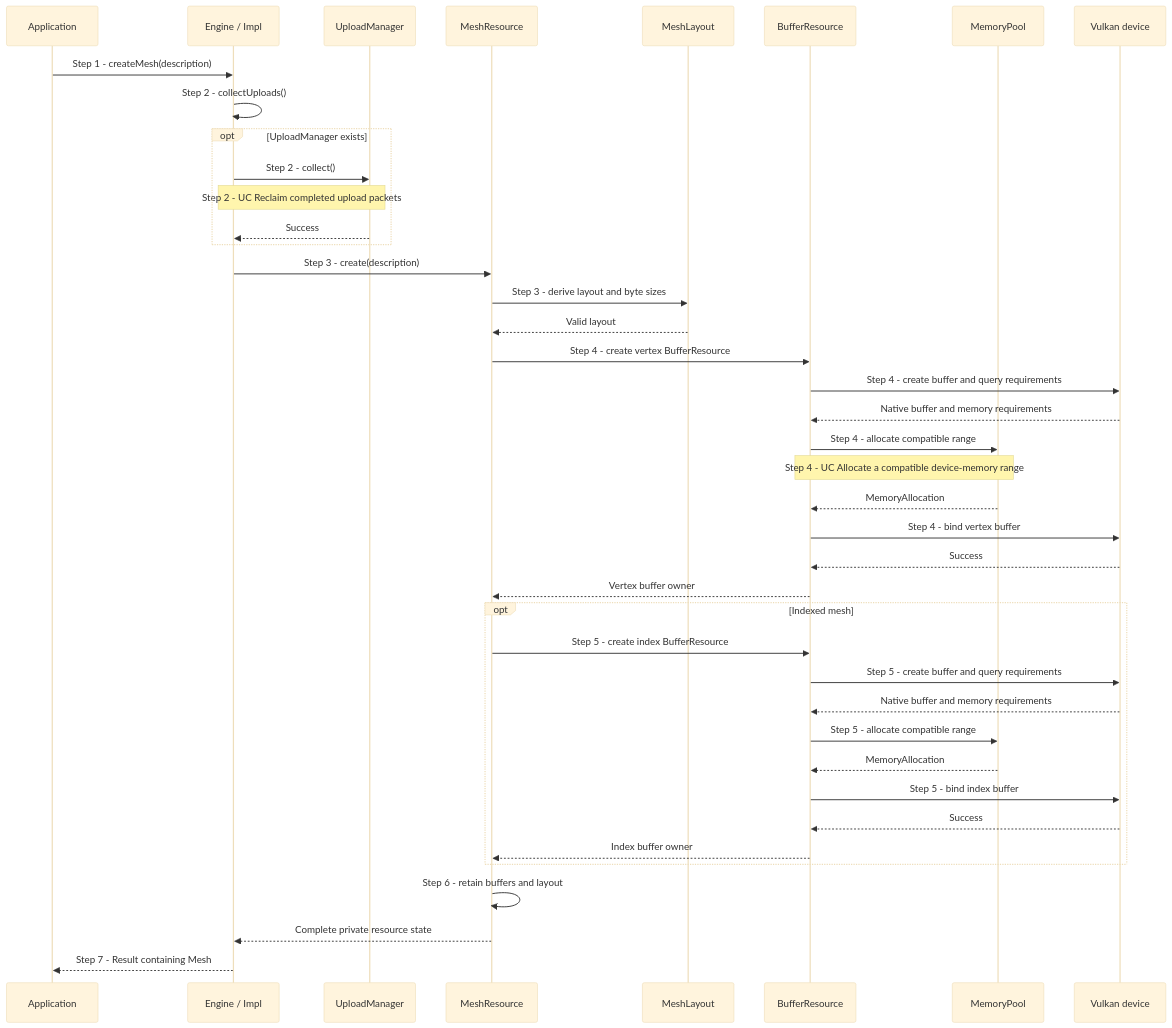
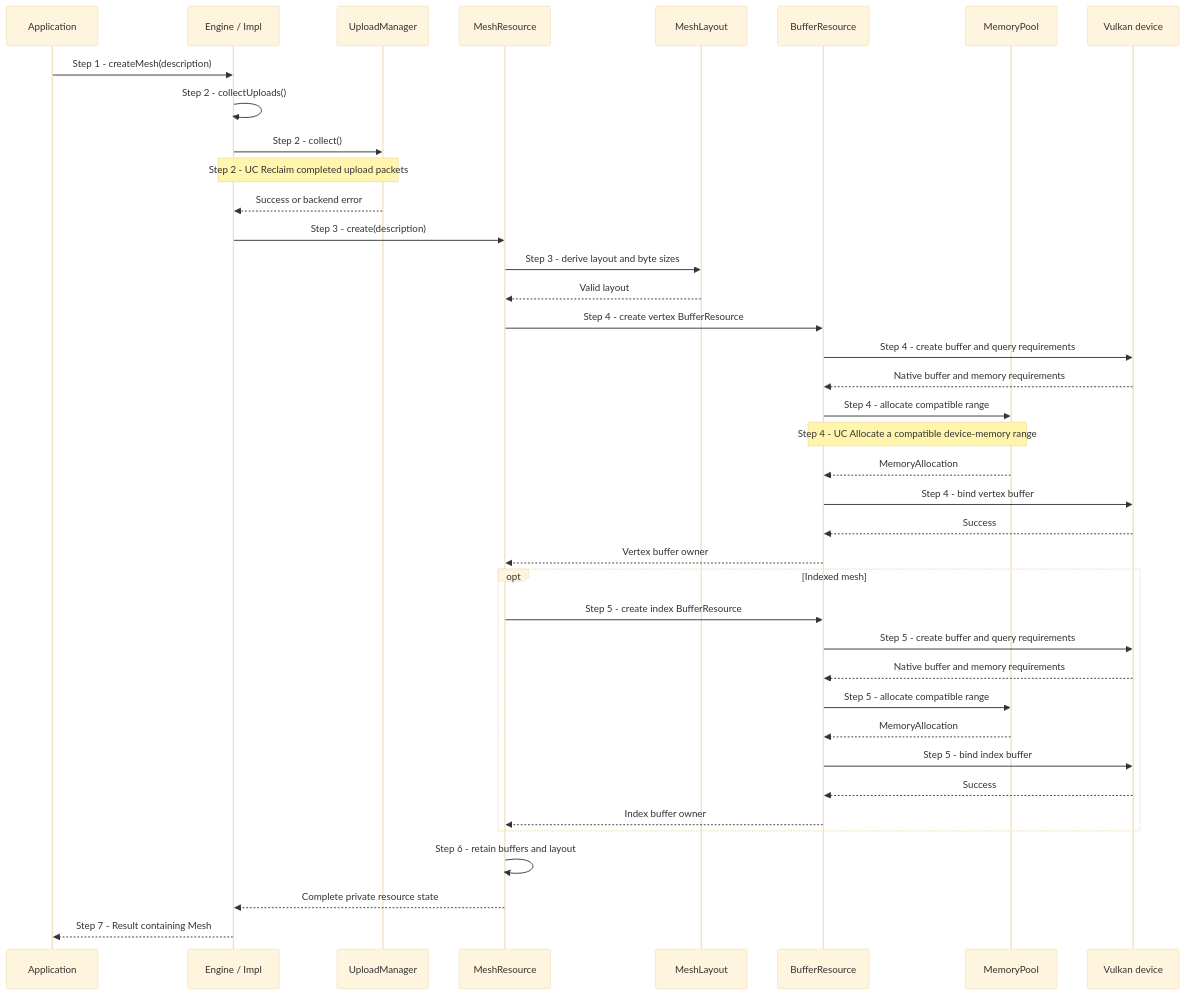
One commit to a-soltysik/Panda changed the first of 2 diagrams in docs/use-cases/create-mesh.md. Above: the diagram before and after it, drawn with Mermaid (base theme). The commit also changed other lines of this file and 40 other files, not shown here.

````diff
--- a/docs/use-cases/create-mesh.md
+++ b/docs/use-cases/create-mesh.md
@@ -58,43 +59,41 @@
 ```mermaid
 sequenceDiagram
     participant A as Application
     participant C as Engine / Impl
     participant U as UploadManager
     participant M as MeshResource
     participant L as MeshLayout
     participant B as BufferResource
     participant P as MemoryPool
     participant V as Vulkan device
     A ->> C: Step 1 - createMesh(description)
     C ->> C: Step 2 - collectUploads()
-    opt UploadManager exists
-        C ->> U: Step 2 - collect()
-        Note over C,U: Step 2 - UC Reclaim completed upload packets
-        U -->> C: Success
-    end
+    C ->> U: Step 2 - collect()
+    Note over C,U: Step 2 - UC Reclaim completed upload packets
+    U -->> C: Success or backend error
     C ->> M: Step 3 - create(description)
     M ->> L: Step 3 - derive layout and byte sizes
     L -->> M: Valid layout
     M ->> B: Step 4 - create vertex BufferResource
     B ->> V: Step 4 - create buffer and query requirements
     V -->> B: Native buffer and memory requirements
     B ->> P: Step 4 - allocate compatible range
     Note over B,P: Step 4 - UC Allocate a compatible device-memory range
     P -->> B: MemoryAllocation
     B ->> V: Step 4 - bind vertex buffer
     V -->> B: Success
     B -->> M: Vertex buffer owner
     opt Indexed mesh
         M ->> B: Step 5 - create index BufferResource
         B ->> V: Step 5 - create buffer and query requirements
         V -->> B: Native buffer and memory requirements
         B ->> P: Step 5 - allocate compatible range
         P -->> B: MemoryAllocation
         B ->> V: Step 5 - bind index buffer
         V -->> B: Success
         B -->> M: Index buffer owner
     end
     M ->> M: Step 6 - retain buffers and layout
     M -->> C: Complete private resource state
     C -->> A: Step 7 - Result containing Mesh
 ```
````
